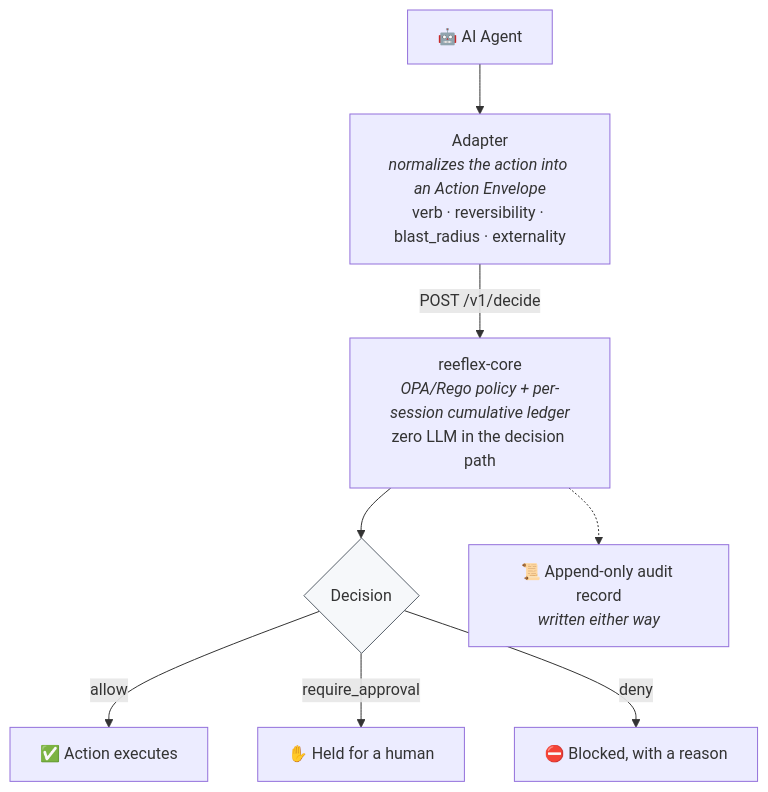
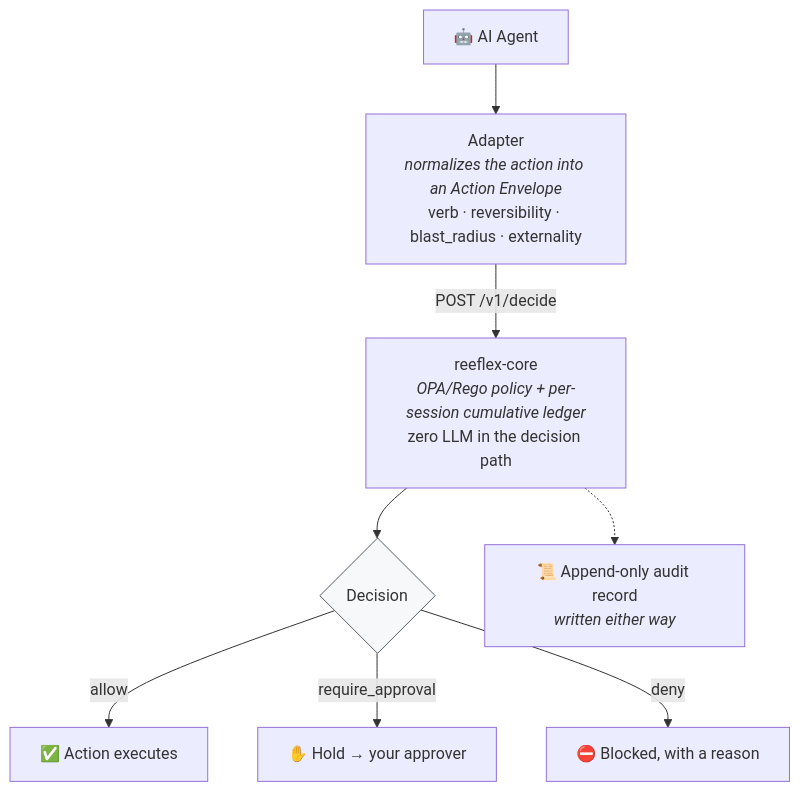
One commit to Reeflex-io/reeflex changed the diagram in README.md. Above: the diagram before and after it, drawn with Mermaid. The commit also changed other lines of this file and 4 other files, not shown here.

````diff
--- a/README.md
+++ b/README.md
@@ -95,11 +95,11 @@
 ```mermaid
 flowchart TD
     A["🤖 AI Agent"] --> B["Adapter<br/><i>normalizes the action into an Action Envelope</i><br/>verb · reversibility · blast_radius · externality"]
     B -- "POST /v1/decide" --> C["reeflex-core<br/><i>OPA/Rego policy + per-session cumulative ledger</i><br/>zero LLM in the decision path"]
     C --> D{Decision}
     D -- allow --> E["✅ Action executes"]
-    D -- require_approval --> F["✋ Held for a human"]
+    D -- require_approval --> F["✋ Hold → your approver"]
     D -- deny --> G["⛔ Blocked, with a reason"]
     C -.-> H["📜 Append-only audit record<br/><i>written either way</i>"]
     style D fill:#f6f8fa,stroke:#57606a
 ```
````
